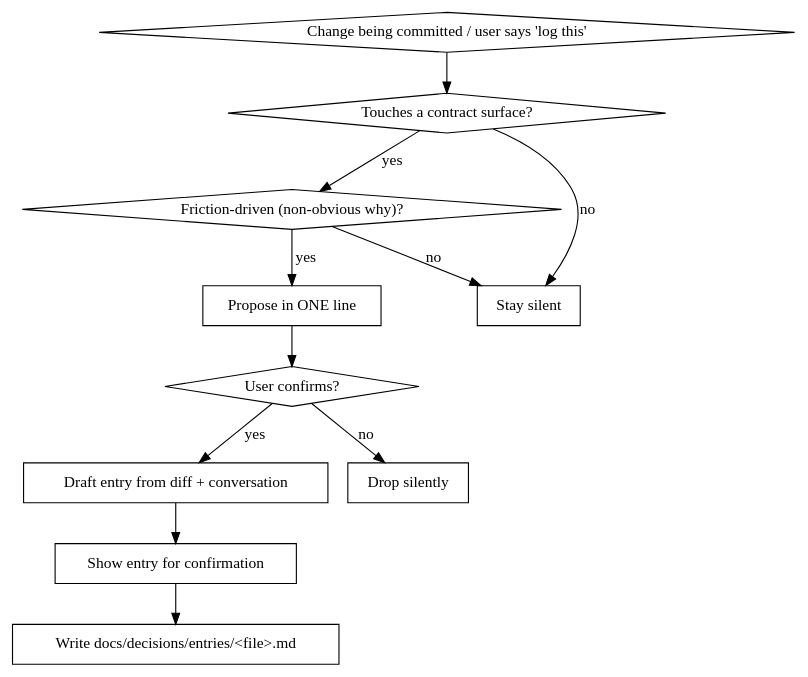
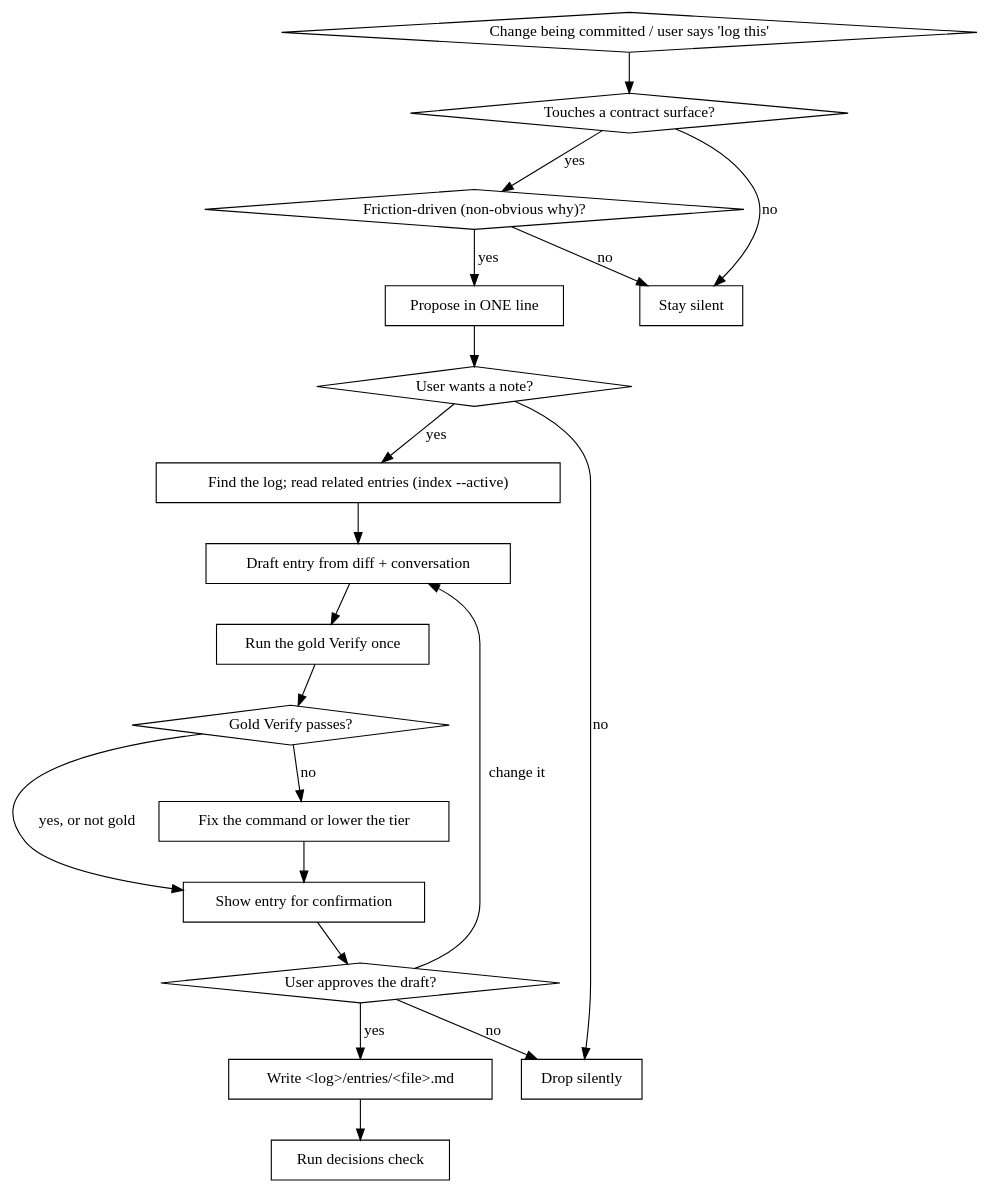
The diagram in skills/decision-log/SKILL.md (okeefeco/pyeye-mcp), drawn with Graphviz before and after one commit. The commit also changed other lines of this file and 4 other files, not shown here.

````diff
--- a/skills/decision-log/SKILL.md
+++ b/skills/decision-log/SKILL.md
@@ -146,28 +169,43 @@
 ```dot
 digraph decision_log {
     rankdir=TB;
 
     "Change being committed / user says 'log this'" [shape=diamond];
     "Touches a contract surface?" [shape=diamond];
     "Friction-driven (non-obvious why)?" [shape=diamond];
-    "User confirms?" [shape=diamond];
+    "User wants a note?" [shape=diamond];
+    "Gold Verify passes?" [shape=diamond];
+    "User approves the draft?" [shape=diamond];
 
     "Stay silent" [shape=box];
     "Propose in ONE line" [shape=box];
+    "Find the log; read related entries (index --active)" [shape=box];
     "Draft entry from diff + conversation" [shape=box];
+    "Run the gold Verify once" [shape=box];
+    "Fix the command or lower the tier" [shape=box];
     "Show entry for confirmation" [shape=box];
-    "Write docs/decisions/entries/<file>.md" [shape=box];
+    "Write <log>/entries/<file>.md" [shape=box];
+    "Run decisions check" [shape=box];
     "Drop silently" [shape=box];
 
     "Change being committed / user says 'log this'" -> "Touches a contract surface?";
     "Touches a contract surface?" -> "Stay silent" [label="no"];
     "Touches a contract surface?" -> "Friction-driven (non-obvious why)?" [label="yes"];
     "Friction-driven (non-obvious why)?" -> "Stay silent" [label="no"];
     "Friction-driven (non-obvious why)?" -> "Propose in ONE line" [label="yes"];
-    "Propose in ONE line" -> "User confirms?";
-    "User confirms?" -> "Drop silently" [label="no"];
-    "User confirms?" -> "Draft entry from diff + conversation" [label="yes"];
-    "Draft entry from diff + conversation" -> "Show entry for confirmation";
-    "Show entry for confirmation" -> "Write docs/decisions/entries/<file>.md";
+    "Propose in ONE line" -> "User wants a note?";
+    "User wants a note?" -> "Drop silently" [label="no"];
+    "User wants a note?" -> "Find the log; read related entries (index --active)" [label="yes"];
+    "Find the log; read related entries (index --active)" -> "Draft entry from diff + conversation";
+    "Draft entry from diff + conversation" -> "Run the gold Verify once";
+    "Run the gold Verify once" -> "Gold Verify passes?";
+    "Gold Verify passes?" -> "Fix the command or lower the tier" [label="no"];
+    "Fix the command or lower the tier" -> "Show entry for confirmation";
+    "Gold Verify passes?" -> "Show entry for confirmation" [label="yes, or not gold"];
+    "Show entry for confirmation" -> "User approves the draft?";
+    "User approves the draft?" -> "Draft entry from diff + conversation" [label="change it"];
+    "User approves the draft?" -> "Drop silently" [label="no"];
+    "User approves the draft?" -> "Write <log>/entries/<file>.md" [label="yes"];
+    "Write <log>/entries/<file>.md" -> "Run decisions check";
 }
 ```
````
